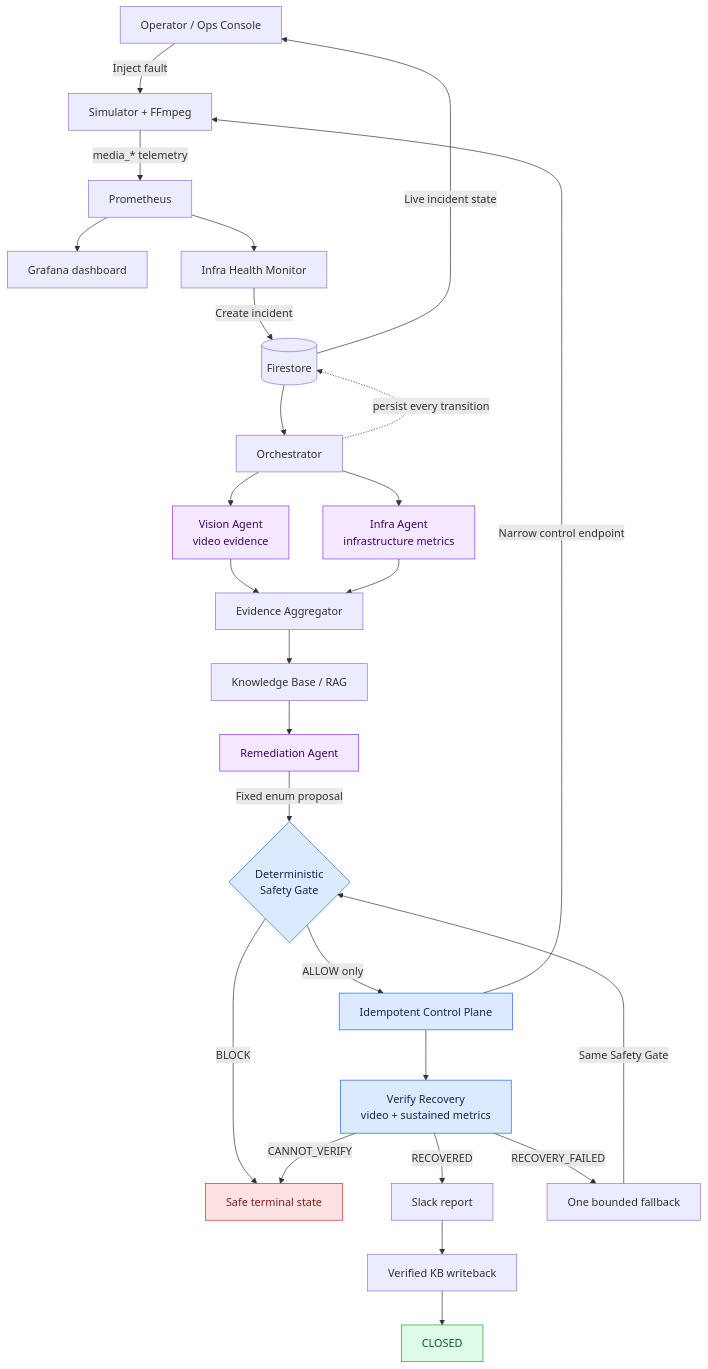
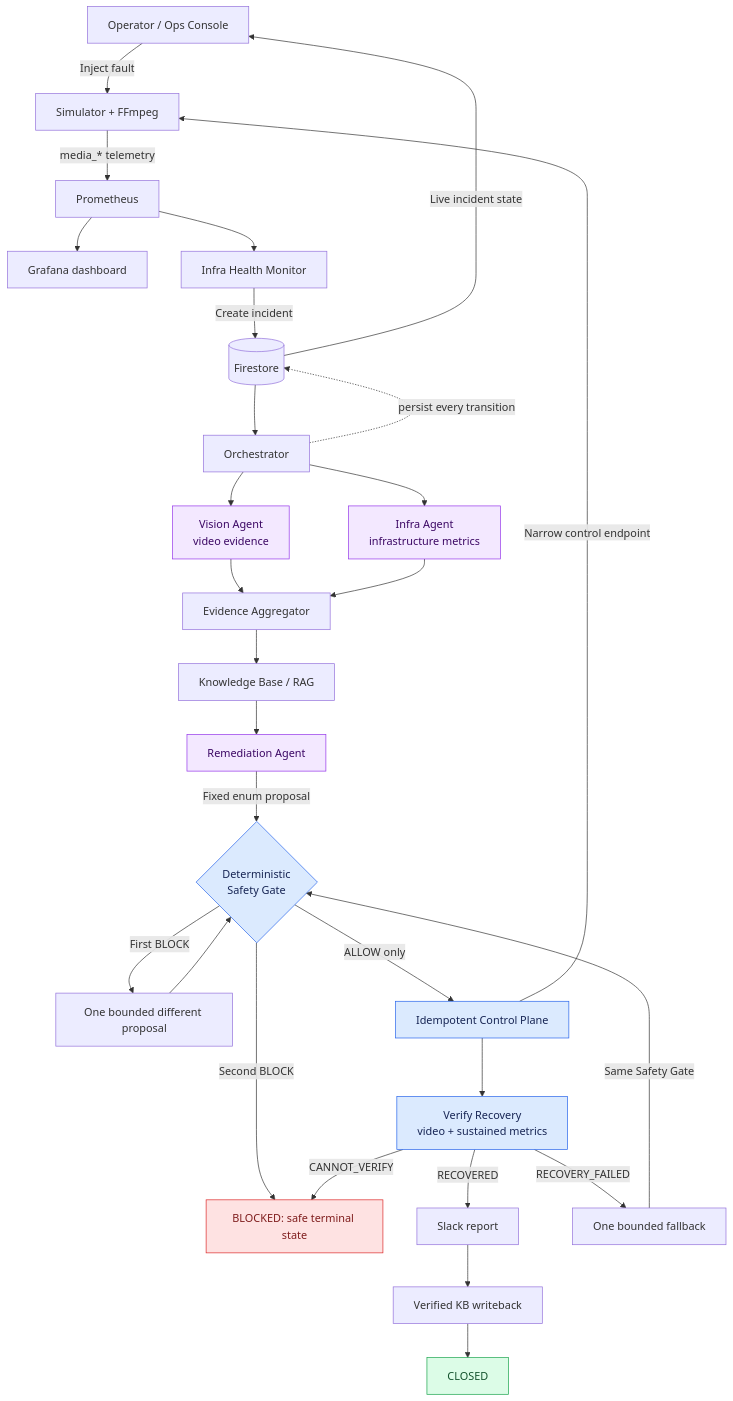
One commit to charvimaurya/MediaOps changed the diagram in README.md. Above: the diagram before and after it, drawn with Mermaid. The commit also changed other lines of this file and 29 other files, not shown here.

````diff
--- a/README.md
+++ b/README.md
@@ -28,41 +28,43 @@
 ```mermaid
 flowchart TD
     User[Operator / Ops Console] -->|Inject fault| Simulator[Simulator + FFmpeg]
     Simulator -->|media_* telemetry| Prometheus[Prometheus]
     Prometheus --> Grafana[Grafana dashboard]
     Prometheus --> HealthMonitor[Infra Health Monitor]
     HealthMonitor -->|Create incident| Firestore[(Firestore)]
 
     Firestore --> Orchestrator[Orchestrator]
     Orchestrator --> Vision[Vision Agent<br/>video evidence]
     Orchestrator --> Infra[Infra Agent<br/>infrastructure metrics]
     Vision --> Aggregator[Evidence Aggregator]
     Infra --> Aggregator
     Aggregator --> Knowledge[Knowledge Base / RAG]
     Knowledge --> Remediation[Remediation Agent]
     Remediation -->|Fixed enum proposal| Gate{Deterministic<br/>Safety Gate}
 
-    Gate -->|BLOCK| SafeStop[Safe terminal state]
+    Gate -->|First BLOCK| Repropose[One bounded different proposal]
+    Repropose --> Gate
+    Gate -->|Second BLOCK| SafeStop[BLOCKED: safe terminal state]
     Gate -->|ALLOW only| Control[Idempotent Control Plane]
     Control -->|Narrow control endpoint| Simulator
     Control --> Verify[Verify Recovery<br/>video + sustained metrics]
 
     Verify -->|RECOVERED| Report[Slack report]
     Report --> Writeback[Verified KB writeback]
     Writeback --> Closed[CLOSED]
     Verify -->|RECOVERY_FAILED| Fallback[One bounded fallback]
     Fallback -->|Same Safety Gate| Gate
     Verify -->|CANNOT_VERIFY| SafeStop
 
     Orchestrator -.persist every transition.-> Firestore
     Firestore -->|Live incident state| User
 
     classDef deterministic fill:#dbeafe,stroke:#2563eb,color:#172554;
     classDef ai fill:#f3e8ff,stroke:#9333ea,color:#3b0764;
     classDef terminal fill:#dcfce7,stroke:#16a34a,color:#14532d;
     classDef blocked fill:#fee2e2,stroke:#dc2626,color:#7f1d1d;
     class Gate,Control,Verify deterministic;
     class Vision,Infra,Remediation ai;
     class Closed terminal;
     class SafeStop blocked;
 ```
````
